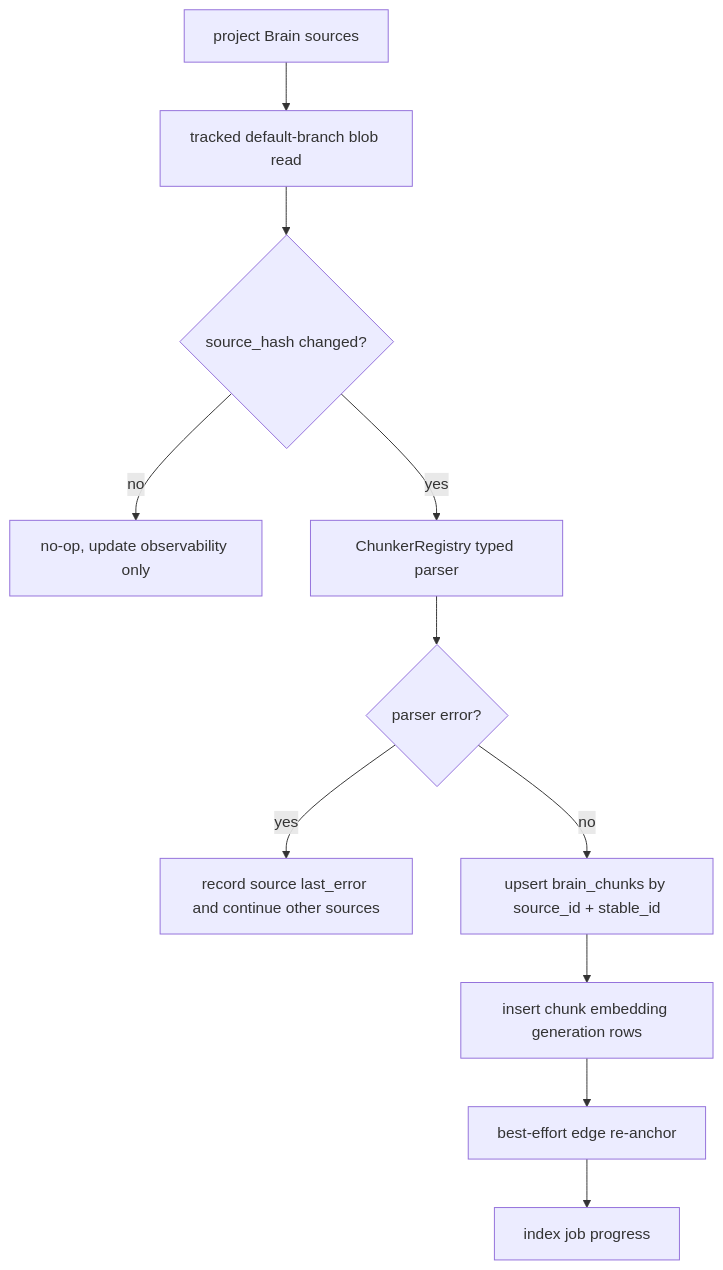
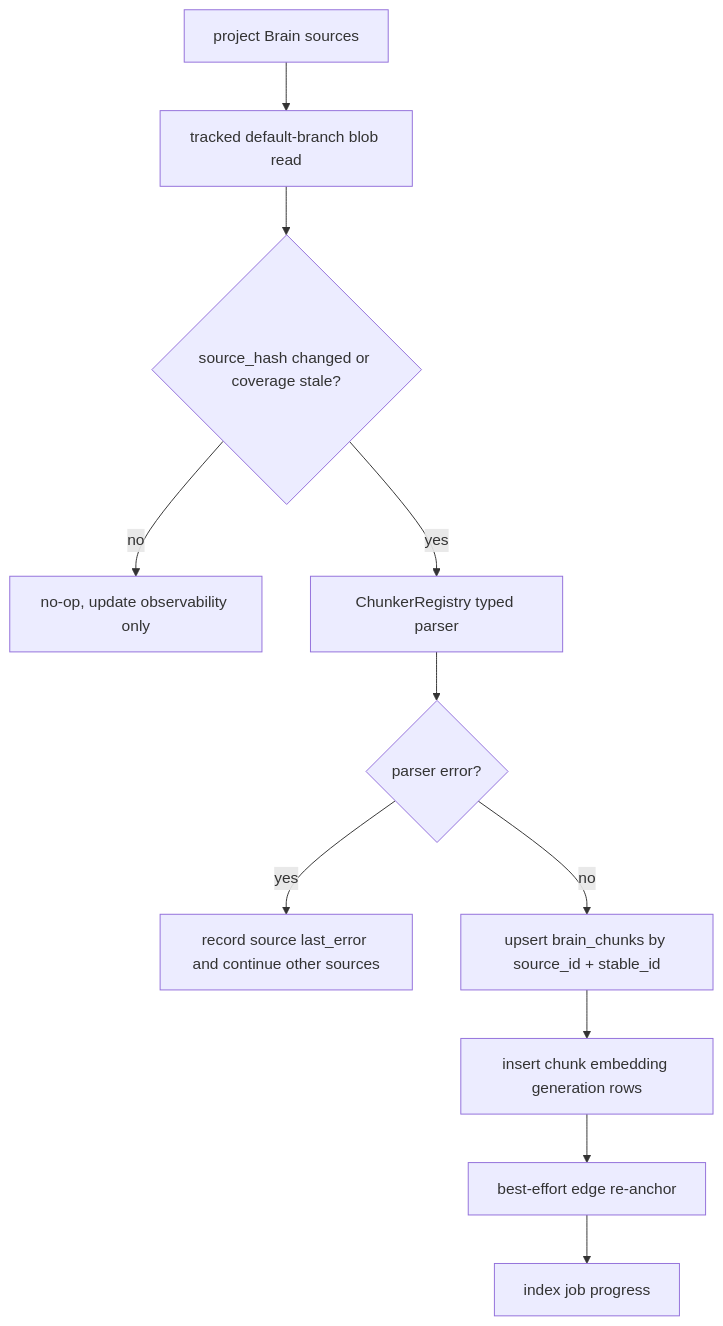
One commit to maister-dev/maister changed the eighth of 10 diagrams in docs/system-analytics/project-brain.md. Above: the diagram before and after it, drawn with Mermaid. The commit also changed other lines of this file and 31 other files, not shown here.

````diff
--- a/docs/system-analytics/project-brain.md
+++ b/docs/system-analytics/project-brain.md
@@ -314,13 +324,13 @@
 ```mermaid
 flowchart TD
     SRC[project Brain sources] --> READ[tracked default-branch blob read]
-    READ --> HASH{source_hash changed?}
+    READ --> HASH{source_hash changed or coverage stale?}
     HASH -- no --> SKIP[no-op, update observability only]
     HASH -- yes --> CHUNK[ChunkerRegistry typed parser]
     CHUNK --> ERR{parser error?}
     ERR -- yes --> LAST[record source last_error and continue other sources]
     ERR -- no --> UPSERT[upsert brain_chunks by source_id + stable_id]
     UPSERT --> EMB[insert chunk embedding generation rows]
     EMB --> EDGE[best-effort edge re-anchor]
     EDGE --> DONE[index job progress]
 ```
````
